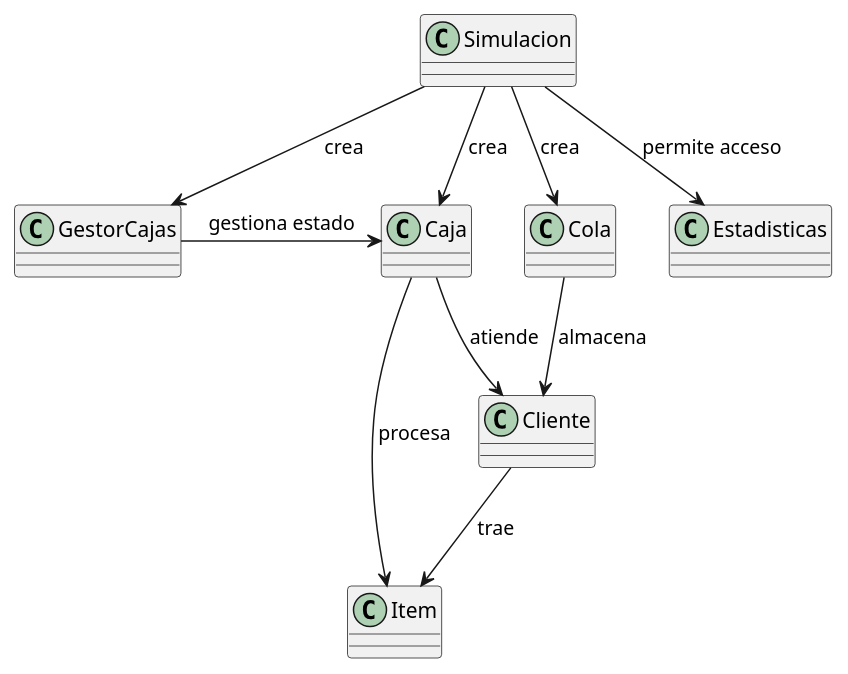
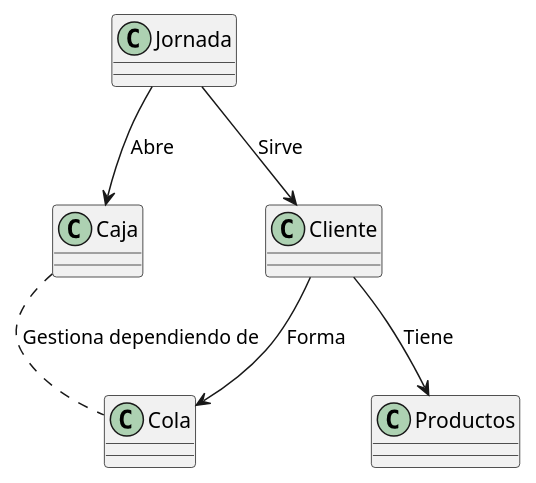
The diagram in modelosUML/diagramaClases.puml (mmasias/24-25-IdSw2-SDD), drawn with PlantUML before and after one commit. The commit also changed 2 other files, not shown here.

```diff
--- a/modelosUML/diagramaClases.puml
+++ b/modelosUML/diagramaClases.puml
@@ -1,25 +1,18 @@
 @startuml
 
-class Simulacion {
+class Jornada {
+}
+class Caja {
 }
 class Cola {
 }
-class Caja {
-}
-class Estadisticas {
-}
-class GestorCajas {
-}
-class Cliente {
+class Productos {
 }
 
-Simulacion --> Cola : "crea"
-Simulacion --> Caja : "crea"
-Simulacion --> Estadisticas : "permite acceso"
-Simulacion --> GestorCajas : "crea"
-GestorCajas -> Caja : "gestiona estado"
-Cola --> Cliente : "almacena"
-Caja --> Cliente : "atiende"
-Item <-- Caja : "procesa"
-Cliente --> Item : "trae"
+Jornada --> Caja : "Abre"
+Jornada --> Cliente : "Sirve"
+Cliente --> Productos : "Tiene"
+Cliente --> Cola : "Forma"
+Caja .. Cola : "Gestiona dependiendo de"
+
 @enduml
```
